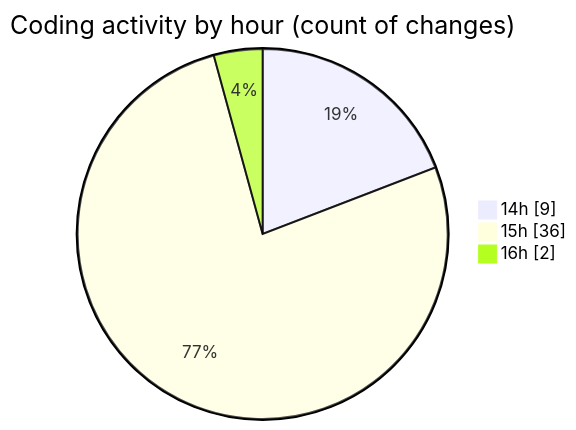
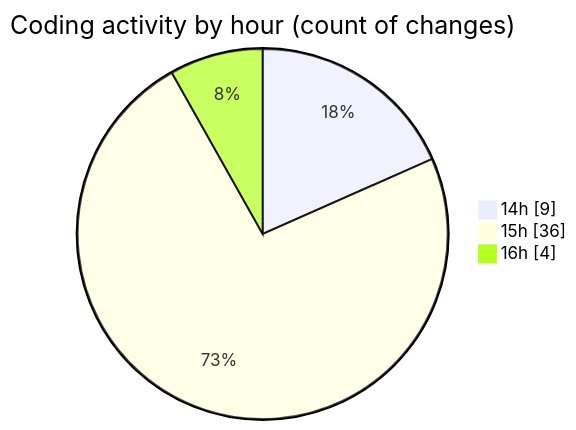
Before and after one commit to Ritupan-Deka/code-tracking: the second of 2 diagrams in 2025-06-17/projects/README.md, drawn with Mermaid. The commit also changed other lines of this file and 1 other file, not shown here.

````diff
--- a/2025-06-17/projects/README.md
+++ b/2025-06-17/projects/README.md
@@ -29,7 +29,7 @@
 ```mermaid
 pie showData
 title Coding activity by hour (count of changes)
 "14h" : 9
 "15h" : 36
-"16h" : 2
+"16h" : 4
 ```
````
